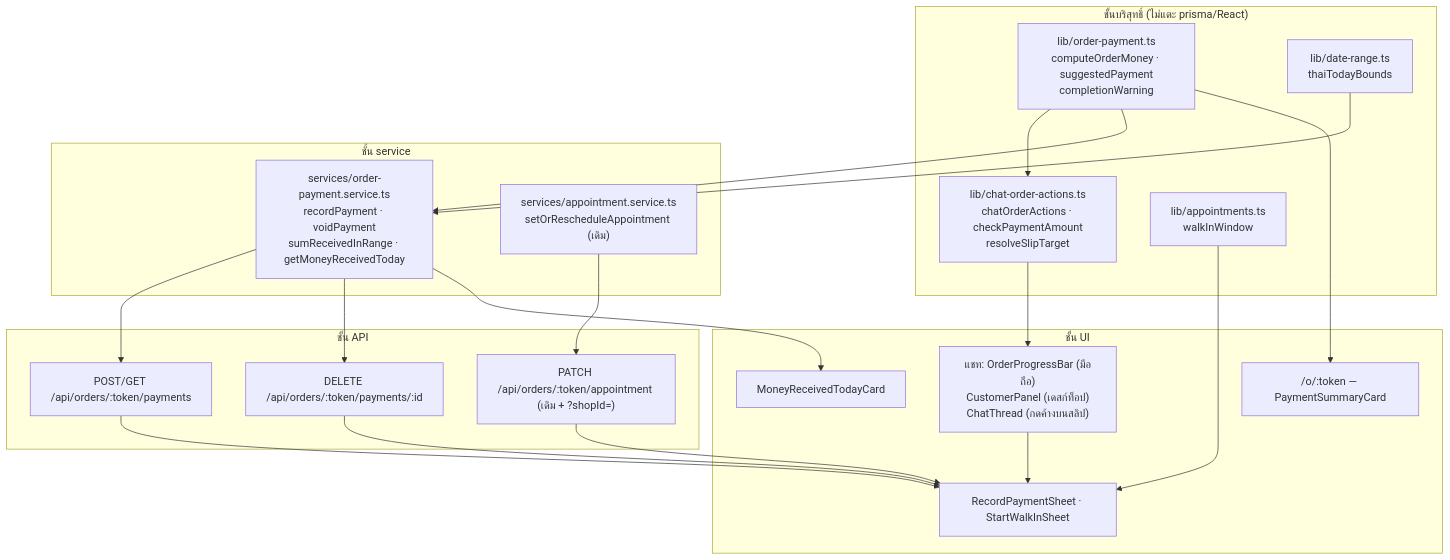
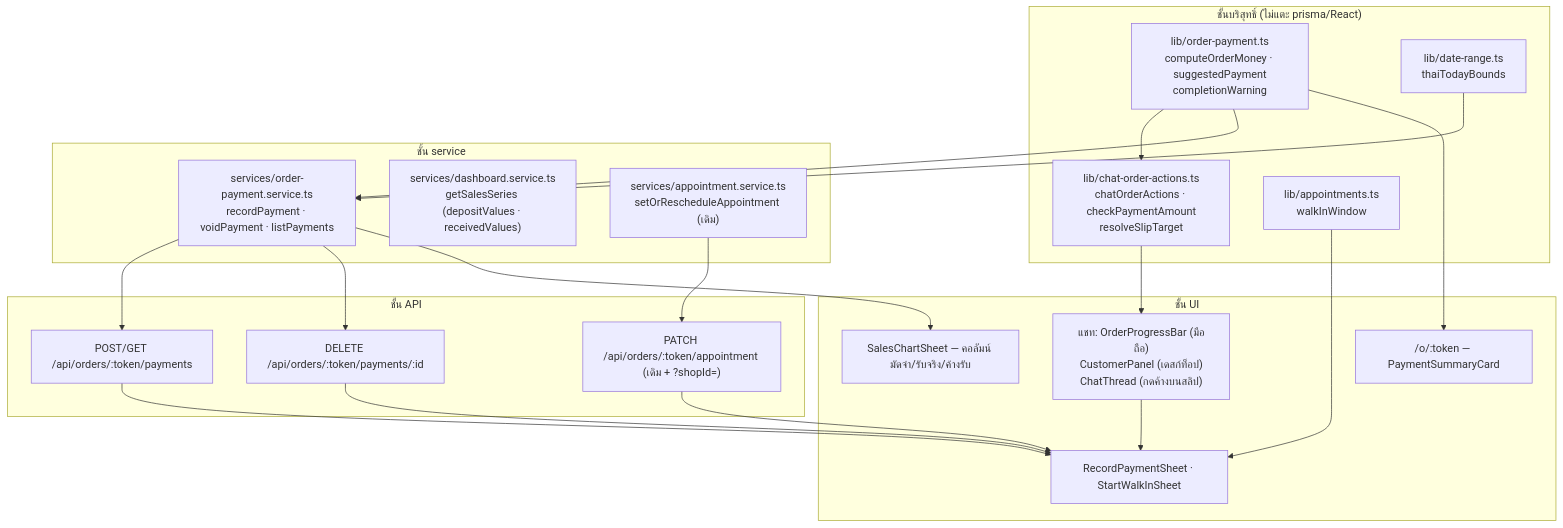
The diagram in docs/20 - Features/00050 - Service Queue End-to-End/SRS.md (CodeCooLTH/deep-web), drawn with Mermaid before and after one commit. The commit also changed other lines of this file and 17 other files, not shown here.

First line of the commit message:
feat(seller): ร้านบริการได้คอลัมน์ มัดจำ/รับจริง/ค้างรับ รายวัน แทนคอลัมน์ที่ว่างเปล่า

````diff
--- a/docs/20 - Features/00050 - Service Queue End-to-End/SRS.md
+++ b/docs/20 - Features/00050 - Service Queue End-to-End/SRS.md
@@ -54,40 +54,41 @@
 ```mermaid
 flowchart TD
   subgraph pure["ชั้นบริสุทธิ์ (ไม่แตะ prisma/React)"]
     OP["lib/order-payment.ts<br/>computeOrderMoney · suggestedPayment<br/>completionWarning"]
     COA["lib/chat-order-actions.ts<br/>chatOrderActions · checkPaymentAmount<br/>resolveSlipTarget"]
     APPT["lib/appointments.ts<br/>walkInWindow"]
     DR["lib/date-range.ts<br/>thaiTodayBounds"]
   end
 
   subgraph svc["ชั้น service"]
-    OPS["services/order-payment.service.ts<br/>recordPayment · voidPayment<br/>sumReceivedInRange · getMoneyReceivedToday"]
+    OPS["services/order-payment.service.ts<br/>recordPayment · voidPayment · listPayments"]
+    DSH["services/dashboard.service.ts<br/>getSalesSeries (depositValues · receivedValues)"]
     APS["services/appointment.service.ts<br/>setOrRescheduleAppointment (เดิม)"]
   end
 
   subgraph api["ชั้น API"]
     P1["POST/GET /api/orders/:token/payments"]
     P2["DELETE /api/orders/:token/payments/:id"]
     P3["PATCH /api/orders/:token/appointment (เดิม + ?shopId=)"]
   end
 
   subgraph ui["ชั้น UI"]
     CHAT["แชท: OrderProgressBar (มือถือ)<br/>CustomerPanel (เดสก์ท็อป)<br/>ChatThread (กดค้างบนสลิป)"]
     SHEETS["RecordPaymentSheet · StartWalkInSheet"]
-    DASH["MoneyReceivedTodayCard"]
+    DASH["SalesChartSheet — คอลัมน์ มัดจำ/รับจริง/ค้างรับ"]
     PUB["/o/:token — PaymentSummaryCard"]
   end
 
   OP --> COA
   OP --> OPS
   APPT --> SHEETS
   DR --> OPS
   OPS --> P1 & P2
   APS --> P3
   COA --> CHAT
   P1 & P2 --> SHEETS
   P3 --> SHEETS
   CHAT --> SHEETS
   OPS --> DASH
   OP --> PUB
 ```
````
